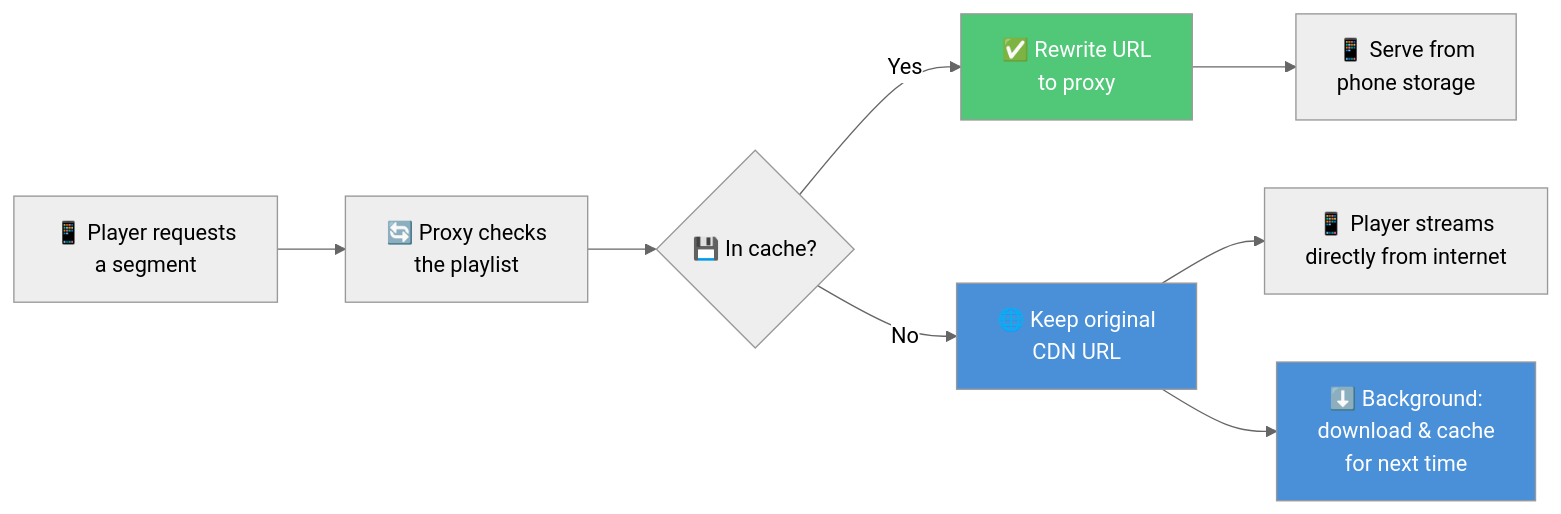
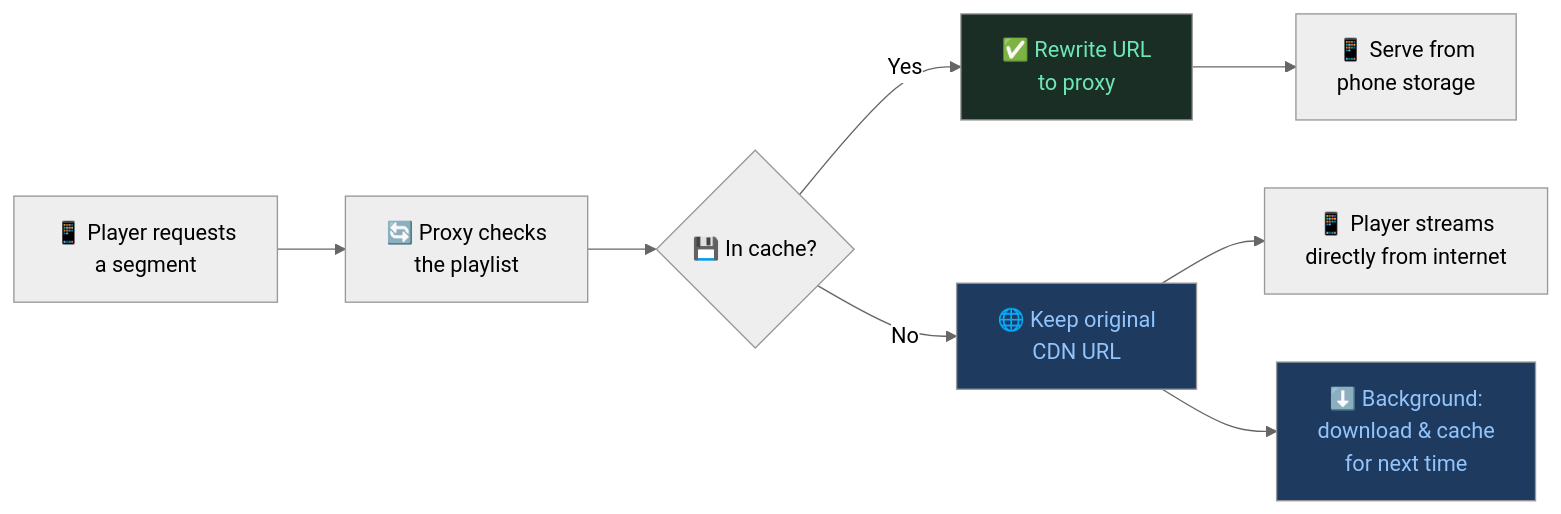
One commit to Monisankarnath/monisankarnath-portfolio changed the fourth of 6 diagrams in src/content/blog/expo-video-offline-caching.md. Above: the diagram before and after it, drawn with Mermaid (neutral theme). The commit also changed other lines of this file and 19 other files, not shown here.

Commit message:
chore: mermaid build and listing revamp

````diff
--- a/src/content/blog/expo-video-offline-caching.md
+++ b/src/content/blog/expo-video-offline-caching.md
@@ -163,14 +164,14 @@
 ```mermaid
 flowchart LR
-    A["📱 Player requests\na segment"] --> B["🔄 Proxy checks\nthe playlist"]
+    A["📱 Player requests<br/>a segment"] --> B["🔄 Proxy checks<br/>the playlist"]
     B --> C{"💾 In cache?"}
-    C -->|Yes| D["✅ Rewrite URL\nto proxy"]
-    D --> E["📱 Serve from\nphone storage"]
-    C -->|No| F["🌐 Keep original\nCDN URL"]
-    F --> G["📱 Player streams\ndirectly from internet"]
-    F --> H["⬇️ Background:\ndownload & cache\nfor next time"]
+    C -->|Yes| D["✅ Rewrite URL<br/>to proxy"]
+    D --> E["📱 Serve from<br/>phone storage"]
+    C -->|No| F["🌐 Keep original<br/>CDN URL"]
+    F --> G["📱 Player streams<br/>directly from internet"]
+    F --> H["⬇️ Background:<br/>download & cache<br/>for next time"]
 
-    style D fill:#50C878,color:#fff
-    style F fill:#4A90D9,color:#fff
-    style H fill:#4A90D9,color:#fff
+    style D fill:#1a2e25,color:#6ee7b7
+    style F fill:#1e3a5f,color:#93c5fd
+    style H fill:#1e3a5f,color:#93c5fd
 ```
````
